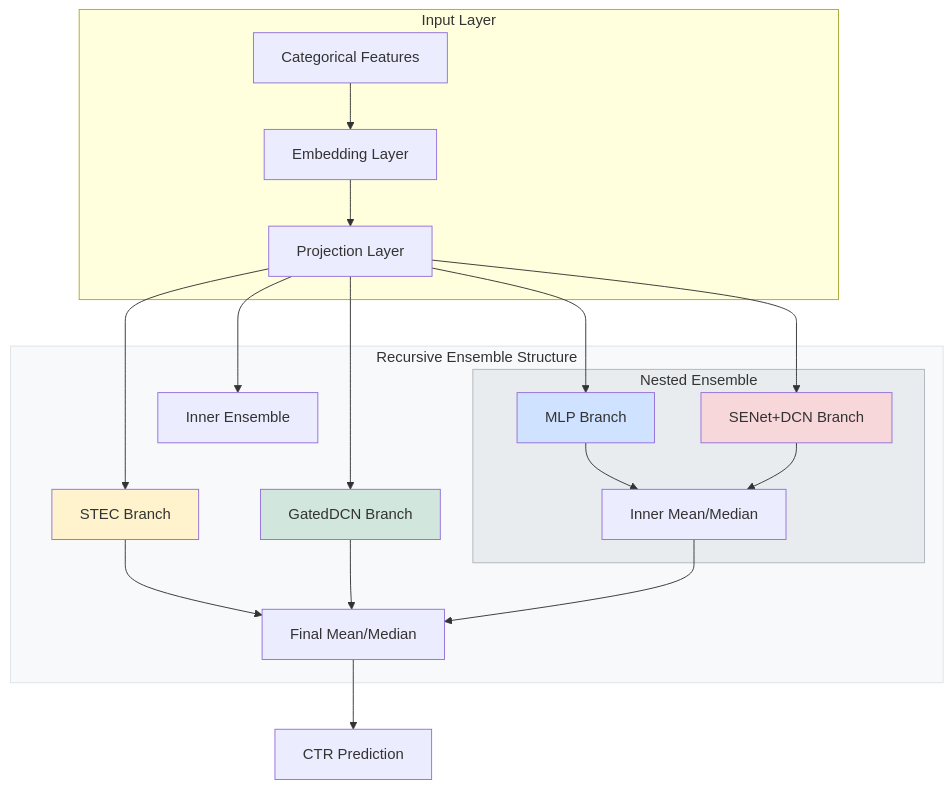
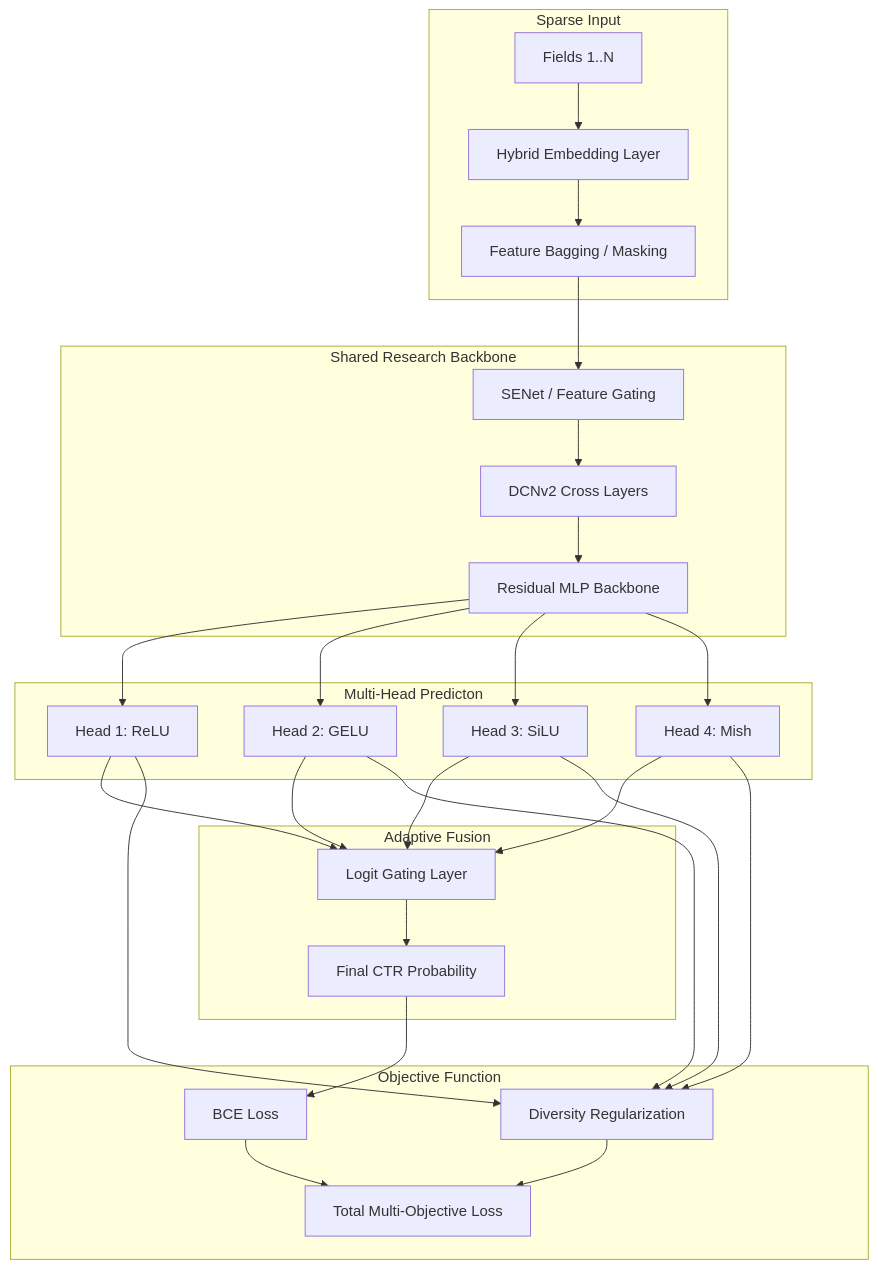
One commit to Alishahryar1/avazu-ctr changed the diagram in README.md. Above: the diagram before and after it, drawn with Mermaid. The commit also changed other lines of this file, not shown here.

````diff
--- a/README.md
+++ b/README.md
@@ -84,30 +50,31 @@
 ```mermaid
-graph TB
-    subgraph Input["Input Layer"]
-        A[Categorical Features] --> B[Embedding Layer]
-        B --> C[Projection Layer]
+graph TD
+    subgraph Input["Sparse Input"]
+        F1[Fields 1..N] --> EMB[Hybrid Embedding Layer]
+        EMB --> BAG[Feature Bagging / Masking]
     end
 
-    subgraph Ensemble["Recursive Ensemble Structure"]
-        C --> M1[STEC Branch]
-        C --> M2[GatedDCN Branch]
-        C --> M3[Inner Ensemble]
-        
-        subgraph Inner["Nested Ensemble"]
-            C --> M3A[MLP Branch]
-            C --> M3B[SENet+DCN Branch]
-            M3A & M3B --> AGG_INNER[Inner Mean/Median]
-        end
-        
-        M1 & M2 & AGG_INNER --> AGG_FINAL[Final Mean/Median]
+    subgraph Backbone["Shared Research Backbone"]
+        BAG --> SE[SENet / Feature Gating]
+        SE --> DCN[DCNv2 Cross Layers]
+        DCN --> MLP[Residual MLP Backbone]
     end
-    
-    AGG_FINAL --> OUT[CTR Prediction]
 
-    style Ensemble fill:#f8f9fa,stroke:#dee2e6
-    style Inner fill:#e9ecef,stroke:#adb5bd
-    style M1 fill:#fff3cd
-    style M2 fill:#d1e7dd
-    style M3A fill:#cfe2ff
-    style M3B fill:#f8d7da
+    subgraph DiverseHeads["Multi-Head Predicton"]
+        MLP --> H1[Head 1: ReLU]
+        MLP --> H2[Head 2: GELU]
+        MLP --> H3[Head 3: SiLU]
+        MLP --> H4[Head 4: Mish]
+    end
+
+    subgraph Aggregation["Adaptive Fusion"]
+        H1 & H2 & H3 & H4 --> GATE[Logit Gating Layer]
+        GATE --> OUT[Final CTR Probability]
+    end
+
+    subgraph Optimization["Objective Function"]
+        OUT --> BCE[BCE Loss]
+        H1 & H2 & H3 & H4 --> DIV[Diversity Regularization]
+        BCE & DIV --> LOSS[Total Multi-Objective Loss]
+    end
 ```
````
